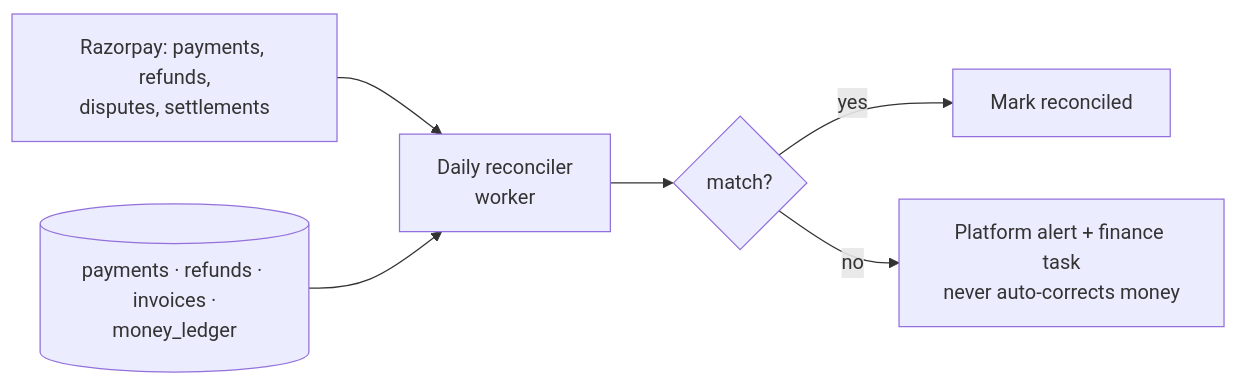
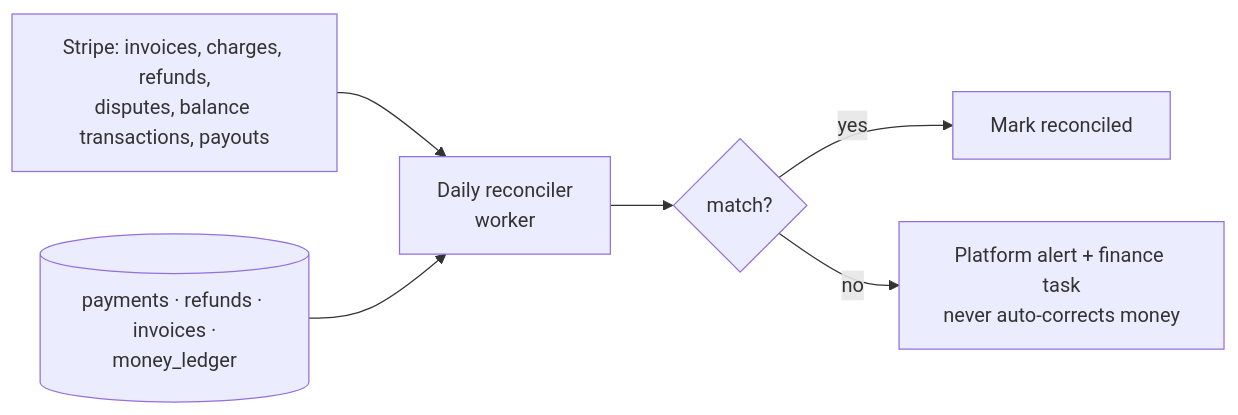
One commit to singhdhruv525-source/Zella-AI changed diagram 14 of 16 in docs/PAYMENTS_ARCHITECTURE.md. Above: the diagram before and after it, drawn with Mermaid. The commit also changed other lines of this file and 3 other files, not shown here.

First line of the commit message:
Payments: switch the provider to Stripe (Zella Voice is a Wyoming LLC)

````diff
--- a/docs/PAYMENTS_ARCHITECTURE.md
+++ b/docs/PAYMENTS_ARCHITECTURE.md
@@ -581,8 +561,8 @@
 ```mermaid
 flowchart LR
-  rz[Razorpay: payments, refunds,<br/>disputes, settlements] --> rec[Daily reconciler<br/>worker]
+  rz[Stripe: invoices, charges, refunds,<br/>disputes, balance transactions, payouts] --> rec[Daily reconciler<br/>worker]
   db[(payments · refunds · invoices ·<br/>money_ledger)] --> rec
   rec --> ok{match?}
   ok -- yes --> done[Mark reconciled]
   ok -- no --> alert[Platform alert + finance task<br/>never auto-corrects money]
 ```
````
